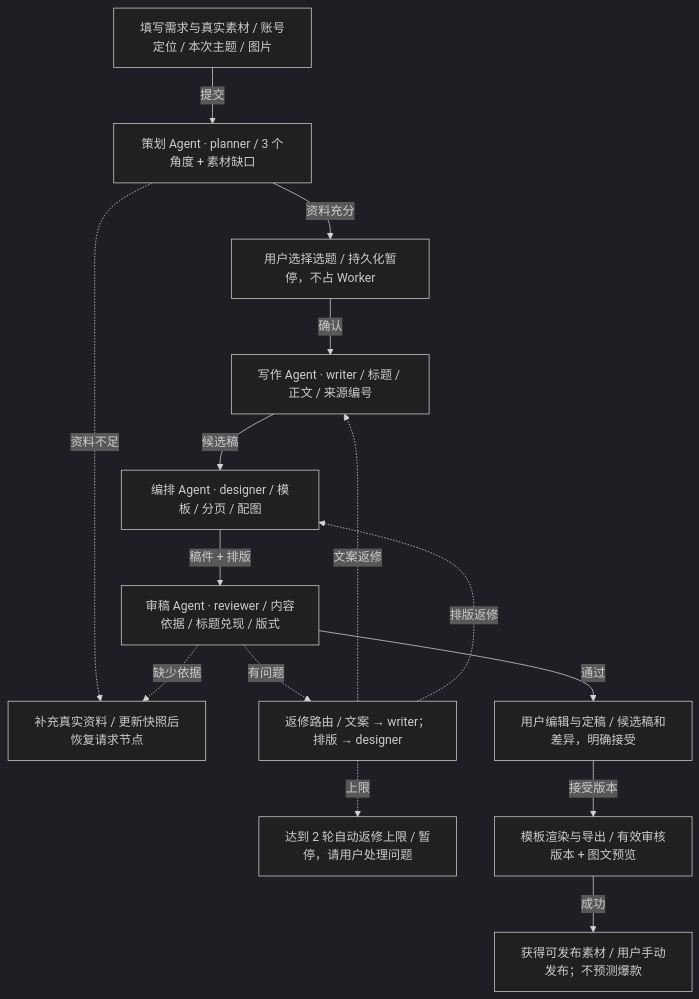
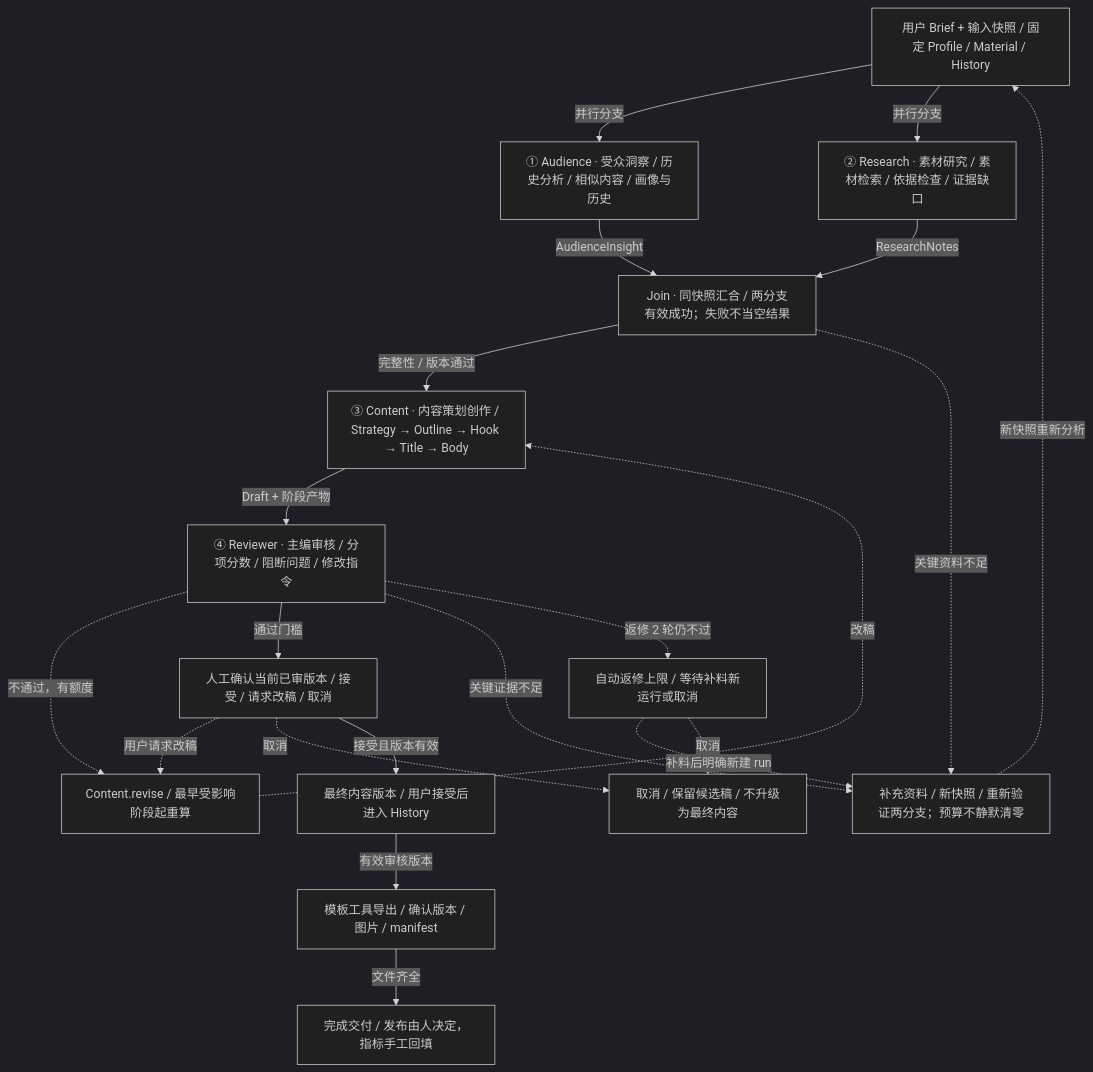
Before and after one commit to xinruilan612/RED: the diagram in docs/design/diagrams/workflow.mmd, drawn with Mermaid (dark theme). The commit also changed 20 other files, not shown here.

```diff
--- a/docs/design/diagrams/workflow.mmd
+++ b/docs/design/diagrams/workflow.mmd
@@ -1,27 +1,35 @@
 flowchart TD
-    input["填写需求与真实素材 / 账号定位 / 本次主题 / 图片"]
-    plan["策划 Agent · planner / 3 个角度 + 素材缺口"]
-    select["用户选择选题 / 持久化暂停，不占 Worker"]
-    write["写作 Agent · writer / 标题 / 正文 / 来源编号"]
-    design["编排 Agent · designer / 模板 / 分页 / 配图"]
-    review["审稿 Agent · reviewer / 内容依据 / 标题兑现 / 版式"]
-    supply["补充真实资料 / 更新快照后恢复请求节点"]
-    revise["返修路由 / 文案 → writer；排版 → designer"]
-    limit["达到 2 轮自动返修上限 / 暂停，请用户处理问题"]
-    confirm["用户编辑与定稿 / 候选稿和差异，明确接受"]
-    export["模板渲染与导出 / 有效审核版本 + 图文预览"]
-    done["获得可发布素材 / 用户手动发布；不预测爆款"]
-    input -->|"提交"| plan
-    plan -->|"资料充分"| select
-    plan -.->|"资料不足"| supply
-    select -->|"确认"| write
-    write -->|"候选稿"| design
-    design -->|"稿件 + 排版"| review
-    review -->|"通过"| confirm
-    review -.->|"缺少依据"| supply
-    review -.->|"有问题"| revise
-    revise -.->|"文案返修"| write
-    revise -.->|"排版返修"| design
-    revise -.->|"上限"| limit
-    confirm -->|"接受版本"| export
-    export -->|"成功"| done
+    brief["用户 Brief + 输入快照 / 固定 Profile / Material / History"]
+    audience["① Audience · 受众洞察 / 历史分析 / 相似内容 / 画像与历史"]
+    research["② Research · 素材研究 / 素材检索 / 依据检查 / 证据缺口"]
+    join["Join · 同快照汇合 / 两分支有效成功；失败不当空结果"]
+    content["③ Content · 内容策划创作 / Strategy → Outline → Hook → Title → Body"]
+    reviewer["④ Reviewer · 主编审核 / 分项分数 / 阻断问题 / 修改指令"]
+    revise["Content.revise / 最早受影响阶段起重算"]
+    supply["补充资料 / 新快照 / 重新验证两分支；预算不静默清零"]
+    limit["自动返修上限 / 等待补料新运行或取消"]
+    human["人工确认当前已审版本 / 接受 / 请求改稿 / 取消"]
+    final["最终内容版本 / 用户接受后进入 History"]
+    export["模板工具导出 / 确认版本 / 图片 / manifest"]
+    done["完成交付 / 发布由人决定，指标手工回填"]
+    cancelled["取消 / 保留候选稿 / 不升级为最终内容"]
+    brief -->|"并行分支"| audience
+    brief -->|"并行分支"| research
+    audience -->|"AudienceInsight"| join
+    research -->|"ResearchNotes"| join
+    join -->|"完整性 / 版本通过"| content
+    join -.->|"关键资料不足"| supply
+    content -->|"Draft + 阶段产物"| reviewer
+    reviewer -.->|"不通过，有额度"| revise
+    revise -.->|"改稿"| content
+    reviewer -->|"通过门槛"| human
+    reviewer -.->|"关键证据不足"| supply
+    reviewer -.->|"返修 2 轮仍不过"| limit
+    limit -.->|"补料后明确新建 run"| supply
+    supply -.->|"新快照重新分析"| brief
+    limit -.->|"取消"| cancelled
+    human -.->|"用户请求改稿"| revise
+    human -.->|"取消"| cancelled
+    human -->|"接受且版本有效"| final
+    final -->|"有效审核版本"| export
+    export -->|"文件齐全"| done
```
